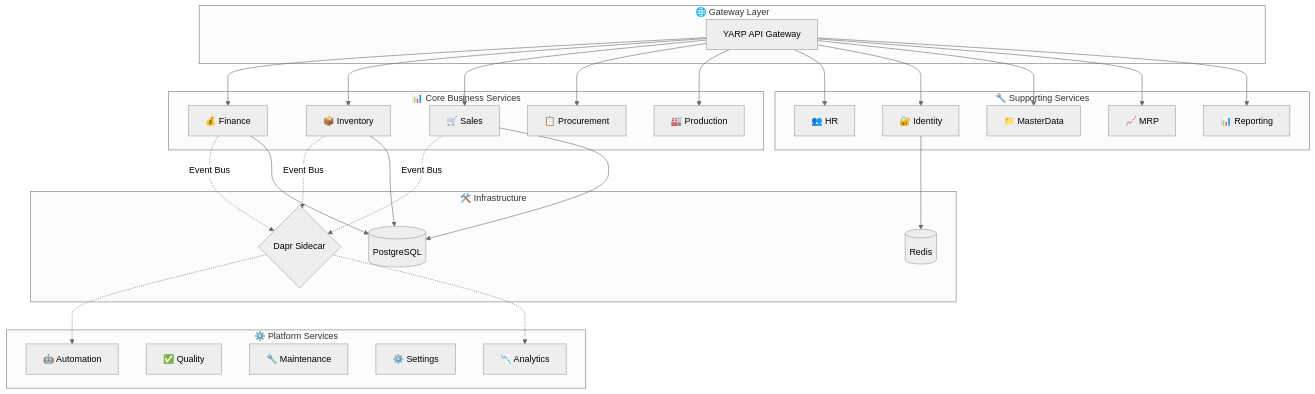
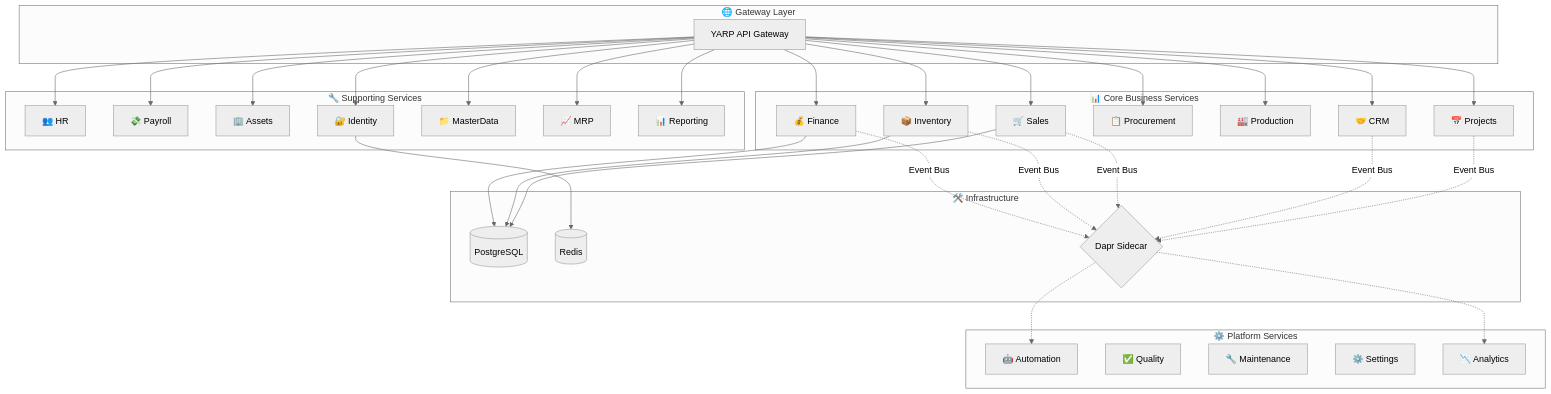
Before and after one commit to Edison0621/erp-microservice: the diagram in README.md, drawn with Mermaid (neutral theme). The commit also changed other lines of this file and 27 other files, not shown here.

````diff
--- a/README.md
+++ b/README.md
@@ -108,45 +112,49 @@
 ```mermaid
 graph TB
     subgraph "🌐 Gateway Layer"
         GW[YARP API Gateway]
     end
     
     subgraph "📊 Core Business Services"
         FIN[💰 Finance]
         INV[📦 Inventory]
         SALES[🛒 Sales]
         PROC[📋 Procurement]
         PROD[🏭 Production]
+        CRM[🤝 CRM]
+        PROJ[📅 Projects]
     end
     
     subgraph "🔧 Supporting Services"
         HR[👥 HR]
+        PAY[💸 Payroll]
+        ASSET[🏢 Assets]
         ID[🔐 Identity]
         MD[📁 MasterData]
         MRP[📈 MRP]
         RPT[📊 Reporting]
     end
     
     subgraph "⚙️ Platform Services"
         AUTO[🤖 Automation]
         QUAL[✅ Quality]
         MAINT[🔧 Maintenance]
         SET[⚙️ Settings]
         ANA[📉 Analytics]
     end
     
     subgraph "🛠️ Infrastructure"
         PG[(PostgreSQL)]
         REDIS[(Redis)]
         DAPR{Dapr Sidecar}
     end
     
-    GW --> FIN & INV & SALES & PROC & PROD
-    GW --> HR & ID & MD & MRP & RPT
+    GW --> FIN & INV & SALES & PROC & PROD & CRM & PROJ
+    GW --> HR & PAY & ASSET & ID & MD & MRP & RPT
     
-    FIN & INV & SALES -.->|Event Bus| DAPR
+    FIN & INV & SALES & CRM & PROJ -.->|Event Bus| DAPR
     DAPR -.-> AUTO & ANA
     
     FIN & INV & SALES --> PG
     ID --> REDIS
 ```
````
